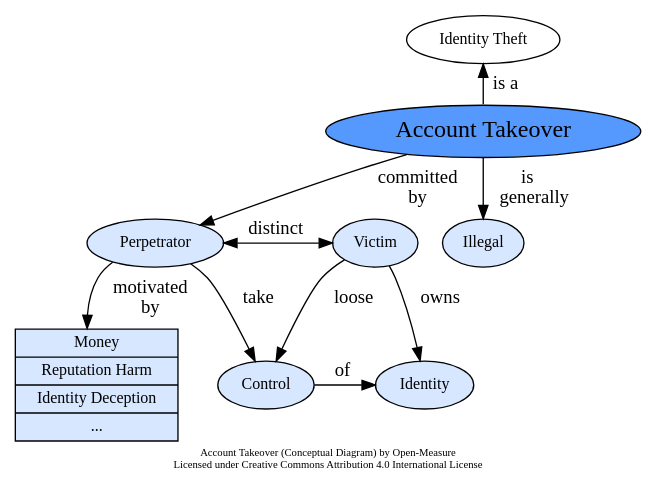
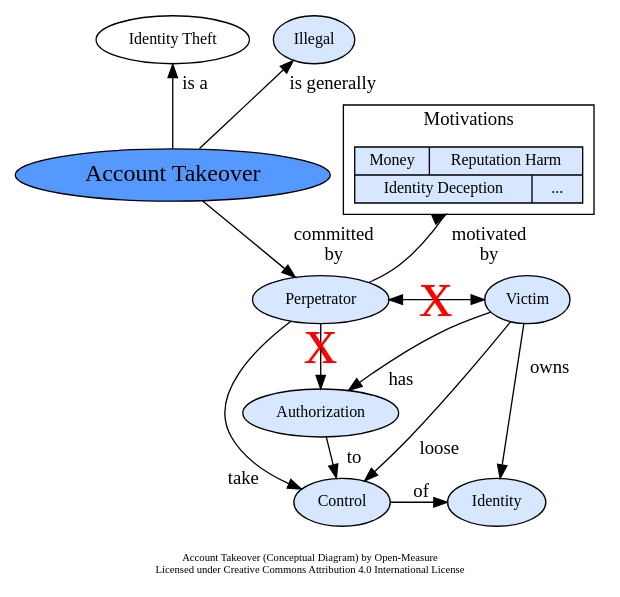
The diagram in Dictionary/account-takeover.gv (Open-Measure/Graphviz-Models), drawn with Graphviz before and after one commit. The commit also changed 8 other files, not shown here.

Commit message:
account-takeover

```diff
--- a/Dictionary/account-takeover.gv
+++ b/Dictionary/account-takeover.gv
@@ -1,43 +1,58 @@
 digraph G {
 	rankdir="TB";
 	ranksep="0";
-	splines="curve";
 	newrank=true;
 	packmode="clust";
 	compound=true;
 	fontname="Calibri";
 	label="Account Takeover (Conceptual Diagram) by Open-Measure\nLicensed under Creative Commons Attribution 4.0 International License";
 	fontsize=8;
 	node[shape="ellipse", fontsize=12, fillcolor="#d6e7ff", style="filled", fontname="Calibri"];
 	edge[fontname="Calibri", minlen="1"];
 
 	# Parent Concept
 	n_identity_theft [label="Identity Theft", fillcolor="#ffffff"];
 	n_identity_theft -> n_account_takeover [weight=10, label="  is a  ", dir="back"];
 
 	# Concept
 	n_account_takeover [label="Account Takeover", fontsize=18, fillcolor="#5599ff", URL="https://open-measure.atlassian.net/wiki/spaces/DIC/pages/1079050286"];
 
 	# Key Characteristics
 	n_account_takeover -> n_perpetrator [label="  committed  \n  by  "];
 	n_perpetrator [label="Perpetrator", URL="https://open-measure.atlassian.net/wiki/spaces/DIC/pages/67600948"];
-	n_perpetrator -> n_control [label="  take  "];
+	n_perpetrator -> n_control [headlabel="take        "];
 	n_control [label="Control"];
-	n_control -> n_identity [label="  of  "];
+	n_control -> n_identity [headlabel="  of   "];
 	n_identity [label="Identity", URL="https://open-measure.atlassian.net/wiki/spaces/DIC/pages/67600948"];
 	n_victim [label="Victim", URL="https://open-measure.atlassian.net/wiki/spaces/DIC/pages/123830932"];
-	n_perpetrator -> n_victim [label="  distinct  ", dir="both"];
-	n_victim -> n_control [label="  loose  "];
+
+	#n_perpetrator -> n_victim [label="  distinct  ", dir="both"];
+	n_distinct [label="", shape="none", fillcolor="invis", width=0, height=0]
+	n_perpetrator -> n_distinct [dir="back", weight=1000, headlabel="x", labeldistance=0, fontsize="50", fontname="Verdana", fontcolor="#ff0000"];
+	n_distinct -> n_victim [weight=1000, fontcolor="#ff0000"];
+
+	n_victim -> n_control [headlabel="           loose\n\n"];
 	n_victim -> n_identity [label="  owns  "];
-	n_perpetrator -> n_motivations [label="  motivated  \n  by  "];
-	n_motivations [label="{<money> Money|<reputation_harm> Reputation Harm|<identity_deception> Identity Deception|<etc> ...}", shape="record", color="black", fontcolor="black"];
+	n_motivations -> n_perpetrator [dir="back", label="  motivated  \n  by  ", ltail="cluster_motivations"];
+	subgraph cluster_motivations {
+		label="Motivations";
+		fontsize="14";
+		n_motivations [label="{{<money> Money|<reputation_harm> Reputation Harm}|{<identity_deception> Identity Deception|<etc> ...}}", shape="record", color="black", fontcolor="black"];
+	}
+
+	n_victim -> n_authorization [headlabel="        has"];
+	n_authorization [label="Authorization"]
+	n_perpetrator -> n_authorization_no [weight=100, headlabel="x", labeldistance=0, fontsize="50", fontname="Verdana", fontcolor="#ff0000", arrowhead="none"];
+	n_authorization_no [label="", shape="none", fillcolor="invis", width=0, height=0]
+	n_authorization_no -> n_authorization [weight=10, label=""];
+	n_authorization -> n_control [label="   to"];
 
 	# Children Concepts
-	n_account_takeover -> n_characteristics [weight=10, label=" is  \n  generally "];
+	n_characteristics -> n_account_takeover [dir="back"; label=" is generally "];
 	n_characteristics [label="Illegal"];
 
 	# Levels
-	{ rank=same; n_perpetrator; n_victim }
-		{ rank=same; n_control; n_identity }
+	{ rank=same; n_perpetrator; n_distinct; n_victim; }
+	{ rank=same; n_control; n_identity }
 
 }
```
